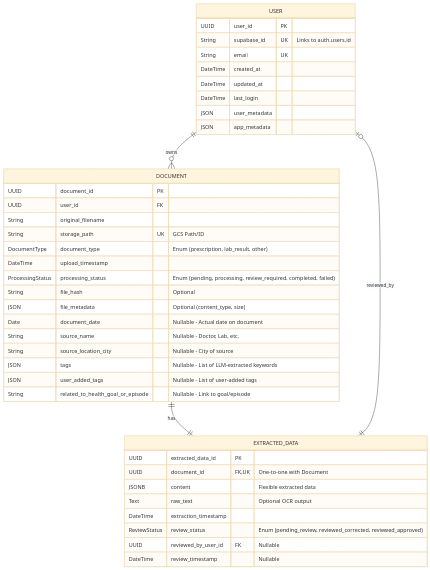
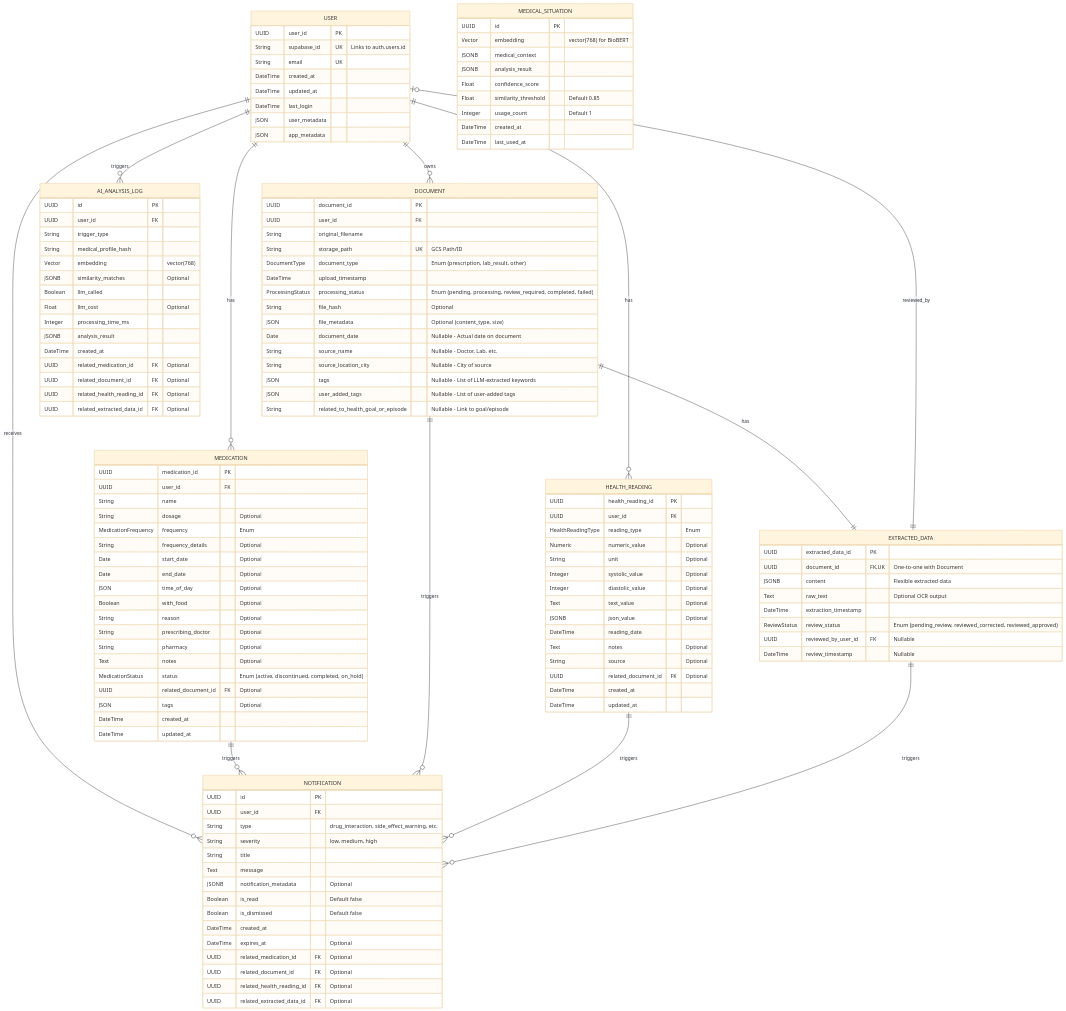
Before and after one commit to harshvardhanchand/MediMind: the second of 2 diagrams in memory-bank/architecture.md, drawn with Mermaid (base theme). The commit also changed other lines of this file and 9 other files, not shown here.

````diff
--- a/memory-bank/architecture.md
+++ b/memory-bank/architecture.md
@@ -655,8 +663,16 @@
 ```mermaid
 erDiagram
     USER ||--o{ DOCUMENT : owns
+    USER ||--o{ MEDICATION : has
+    USER ||--o{ HEALTH_READING : has
+    USER ||--o{ NOTIFICATION : receives
+    USER ||--o{ AI_ANALYSIS_LOG : triggers
     DOCUMENT ||--|| EXTRACTED_DATA : has
     EXTRACTED_DATA ||--o| USER : reviewed_by
+    MEDICATION ||--o{ NOTIFICATION : triggers
+    DOCUMENT ||--o{ NOTIFICATION : triggers
+    HEALTH_READING ||--o{ NOTIFICATION : triggers
+    EXTRACTED_DATA ||--o{ NOTIFICATION : triggers
 
     USER {
         UUID user_id PK
@@ -698,4 +714,91 @@
         DateTime review_timestamp "Nullable"
     }
 
+    MEDICATION {
+        UUID medication_id PK
+        UUID user_id FK
+        String name
+        String dosage "Optional"
+        MedicationFrequency frequency "Enum"
+        String frequency_details "Optional"
+        Date start_date "Optional"
+        Date end_date "Optional"
+        JSON time_of_day "Optional"
+        Boolean with_food "Optional"
+        String reason "Optional"
+        String prescribing_doctor "Optional"
+        String pharmacy "Optional"
+        Text notes "Optional"
+        MedicationStatus status "Enum (active, discontinued, completed, on_hold)"
+        UUID related_document_id FK "Optional"
+        JSON tags "Optional"
+        DateTime created_at
+        DateTime updated_at
+    }
+
+    HEALTH_READING {
+        UUID health_reading_id PK
+        UUID user_id FK
+        HealthReadingType reading_type "Enum"
+        Numeric numeric_value "Optional"
+        String unit "Optional"
+        Integer systolic_value "Optional"
+        Integer diastolic_value "Optional"
+        Text text_value "Optional"
+        JSONB json_value "Optional"
+        DateTime reading_date
+        Text notes "Optional"
+        String source "Optional"
+        UUID related_document_id FK "Optional"
+        DateTime created_at
+        DateTime updated_at
+    }
+
+    NOTIFICATION {
+        UUID id PK
+        UUID user_id FK
+        String type "drug_interaction, side_effect_warning, etc."
+        String severity "low, medium, high"
+        String title
+        Text message
+        JSONB notification_metadata "Optional"
+        Boolean is_read "Default false"
+        Boolean is_dismissed "Default false"
+        DateTime created_at
+        DateTime expires_at "Optional"
+        UUID related_medication_id FK "Optional"
+        UUID related_document_id FK "Optional"
+        UUID related_health_reading_id FK "Optional"
+        UUID related_extracted_data_id FK "Optional"
+    }
+
+    MEDICAL_SITUATION {
+        UUID id PK
+        Vector embedding "vector(768) for BioBERT"
+        JSONB medical_context
+        JSONB analysis_result
+        Float confidence_score
+        Float similarity_threshold "Default 0.85"
+        Integer usage_count "Default 1"
+        DateTime created_at
+        DateTime last_used_at
+    }
+
+    AI_ANALYSIS_LOG {
+        UUID id PK
+        UUID user_id FK
+        String trigger_type
+        String medical_profile_hash
+        Vector embedding "vector(768)"
+        JSONB similarity_matches "Optional"
+        Boolean llm_called
+        Float llm_cost "Optional"
+        Integer processing_time_ms
+        JSONB analysis_result
+        DateTime created_at
+        UUID related_medication_id FK "Optional"
+        UUID related_document_id FK "Optional"
+        UUID related_health_reading_id FK "Optional"
+        UUID related_extracted_data_id FK "Optional"
+    }
 ```
````
